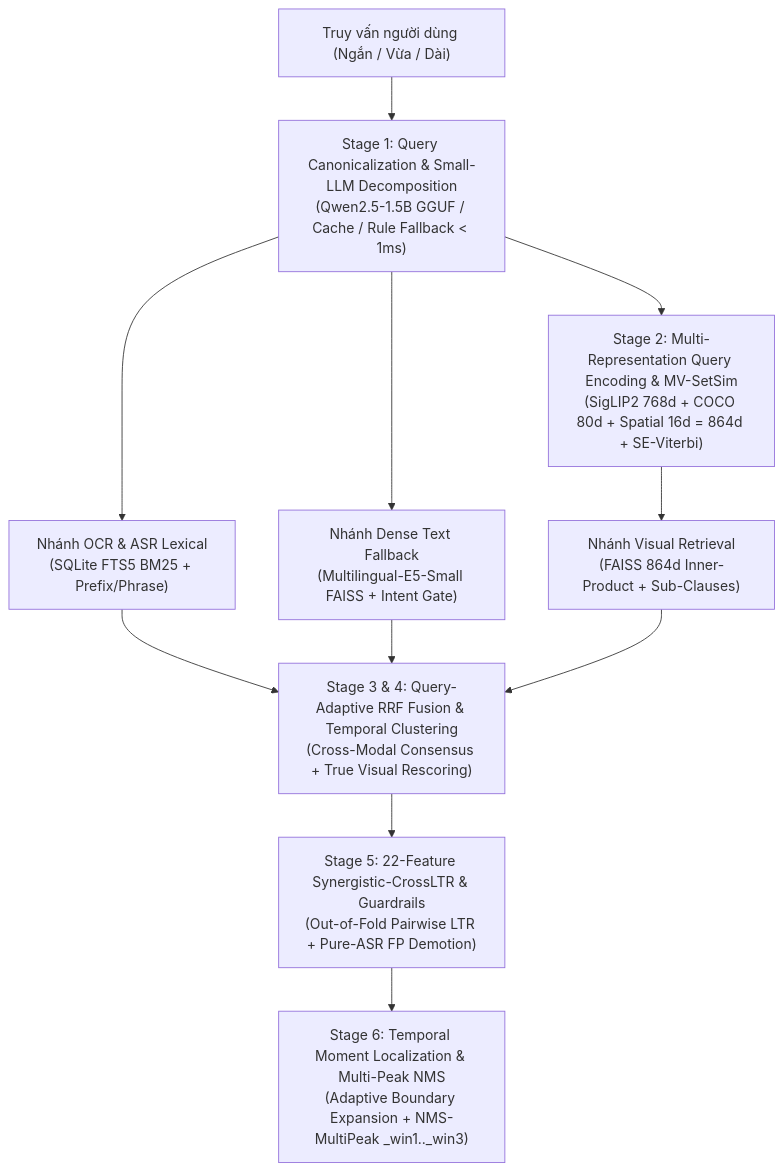
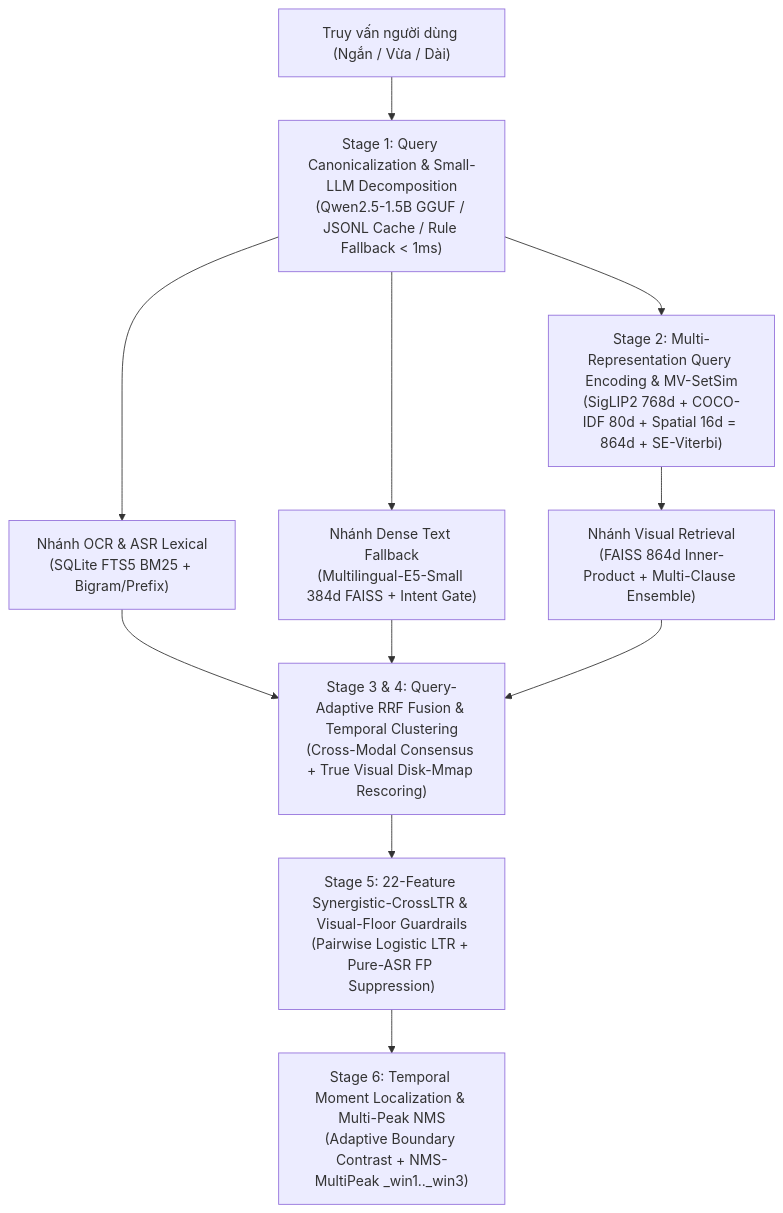
One commit to LongLeVuHuy/VIDENTRA changed the diagram in README.md. Above: the diagram before and after it, drawn with Mermaid. The commit also changed other lines of this file and 1 other file, not shown here.

Commit message:
docs(readme): restructure README into 7-section flow (novelty, pipeline, datasets, setup/embedding/LTR, usage, benchmarks, research)

````diff
--- a/README.md
+++ b/README.md
@@ -31,11 +46,11 @@
 ```mermaid
 flowchart TD
-    Q["Truy vấn người dùng (Ngắn / Vừa / Dài)"] --> S1["Stage 1: Query Canonicalization & Small-LLM Decomposition<br/>(Qwen2.5-1.5B GGUF / Cache / Rule Fallback < 1ms)"]
-    S1 --> S2["Stage 2: Multi-Representation Query Encoding & MV-SetSim<br/>(SigLIP2 768d + COCO 80d + Spatial 16d = 864d + SE-Viterbi)"]
-    S1 --> S3A["Nhánh OCR & ASR Lexical<br/>(SQLite FTS5 BM25 + Prefix/Phrase)"]
-    S1 --> S3B["Nhánh Dense Text Fallback<br/>(Multilingual-E5-Small FAISS + Intent Gate)"]
-    S2 --> S3C["Nhánh Visual Retrieval<br/>(FAISS 864d Inner-Product + Sub-Clauses)"]
-    S3A & S3B & S3C --> S4["Stage 3 & 4: Query-Adaptive RRF Fusion & Temporal Clustering<br/>(Cross-Modal Consensus + True Visual Rescoring)"]
-    S4 --> S5["Stage 5: 22-Feature Synergistic-CrossLTR & Guardrails<br/>(Out-of-Fold Pairwise LTR + Pure-ASR FP Demotion)"]
-    S5 --> S6["Stage 6: Temporal Moment Localization & Multi-Peak NMS<br/>(Adaptive Boundary Expansion + NMS-MultiPeak _win1.._win3)"]
+    Q["Truy vấn người dùng (Ngắn / Vừa / Dài)"] --> S1["Stage 1: Query Canonicalization & Small-LLM Decomposition<br/>(Qwen2.5-1.5B GGUF / JSONL Cache / Rule Fallback < 1ms)"]
+    S1 --> S2["Stage 2: Multi-Representation Query Encoding & MV-SetSim<br/>(SigLIP2 768d + COCO-IDF 80d + Spatial 16d = 864d + SE-Viterbi)"]
+    S1 --> S3A["Nhánh OCR & ASR Lexical<br/>(SQLite FTS5 BM25 + Bigram/Prefix)"]
+    S1 --> S3B["Nhánh Dense Text Fallback<br/>(Multilingual-E5-Small 384d FAISS + Intent Gate)"]
+    S2 --> S3C["Nhánh Visual Retrieval<br/>(FAISS 864d Inner-Product + Multi-Clause Ensemble)"]
+    S3A & S3B & S3C --> S4["Stage 3 & 4: Query-Adaptive RRF Fusion & Temporal Clustering<br/>(Cross-Modal Consensus + True Visual Disk-Mmap Rescoring)"]
+    S4 --> S5["Stage 5: 22-Feature Synergistic-CrossLTR & Visual-Floor Guardrails<br/>(Pairwise Logistic LTR + Pure-ASR FP Suppression)"]
+    S5 --> S6["Stage 6: Temporal Moment Localization & Multi-Peak NMS<br/>(Adaptive Boundary Contrast + NMS-MultiPeak _win1.._win3)"]
 ```
````
